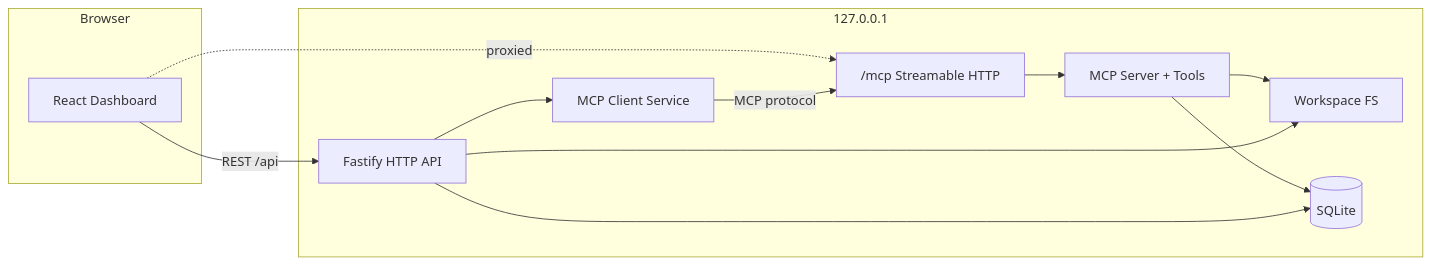
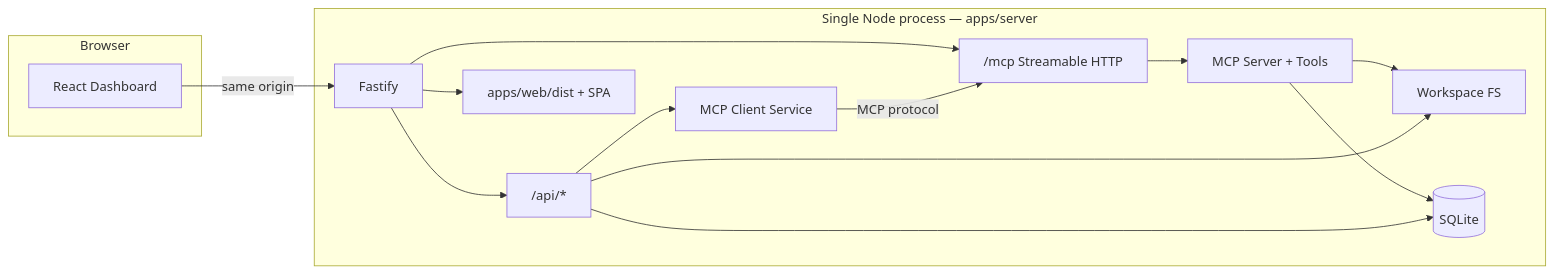
Before and after one commit to Alisaqulain/Local-MCP-Toolkit: the diagram in docs/ARCHITECTURE.md, drawn with Mermaid. The commit also changed other lines of this file and 18 other files, not shown here.

````diff
--- a/docs/ARCHITECTURE.md
+++ b/docs/ARCHITECTURE.md
@@ -5,23 +7,27 @@
 ```mermaid
 flowchart LR
   subgraph Browser
     UI[React Dashboard]
   end
-  subgraph Loopback["127.0.0.1"]
-    API[Fastify HTTP API]
+  subgraph Node["Single Node process — apps/server"]
+    Fastify[Fastify]
+    API["/api/*"]
     MCPHTTP["/mcp Streamable HTTP"]
+    Static["apps/web/dist + SPA"]
     Client[MCP Client Service]
     Server[MCP Server + Tools]
     FS[Workspace FS]
     DB[(SQLite)]
   end
-  UI -->|REST /api| API
-  UI -.->|proxied| MCPHTTP
+  UI -->|same origin| Fastify
+  Fastify --> API
+  Fastify --> MCPHTTP
+  Fastify --> Static
   API --> Client
   Client -->|MCP protocol| MCPHTTP
   MCPHTTP --> Server
   Server --> FS
   Server --> DB
   API --> FS
   API --> DB
 ```
````
